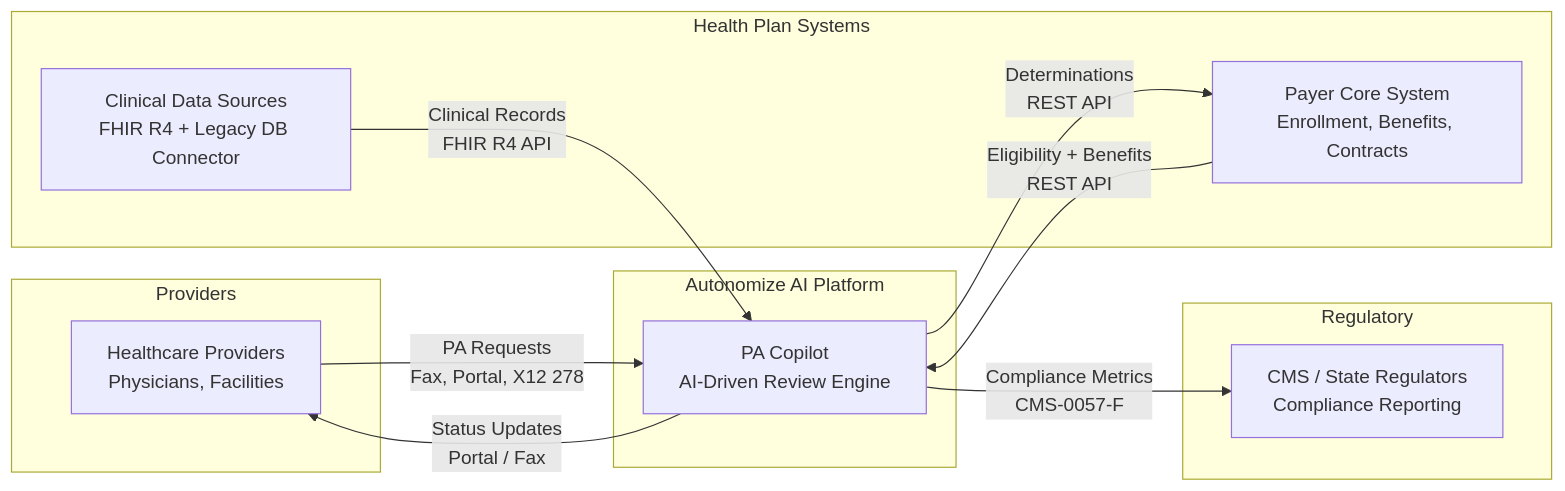
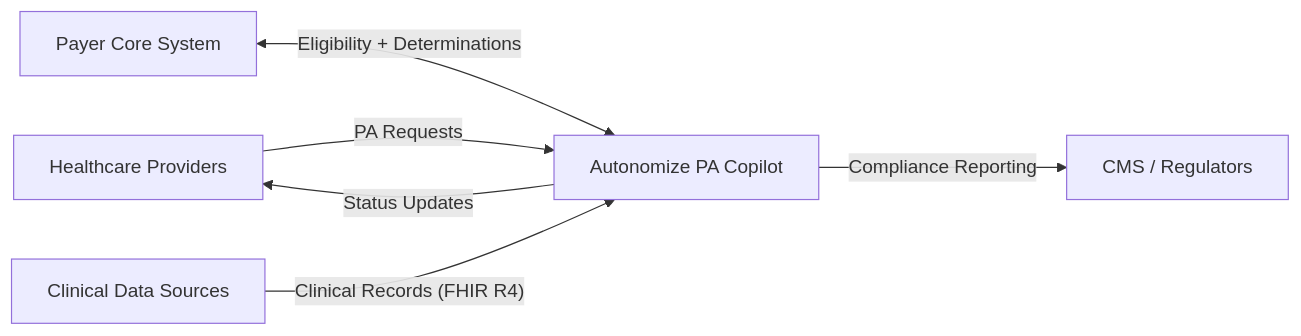
The diagram in docs/architecture/diagrams/01-system-context.mmd (praeducer/autonomize-healthcare-ai-demo), drawn with Mermaid before and after one commit. The commit also changed 2 other files, not shown here.

Commit message:
docs: simplify system context, improve progressive delivery, clean discussion starters
Presentation improvements based on presenter feedback:
- Slide 5: Simplified system context diagram — flat layout, shorter labels
- Slide 9: Aligned progressive delivery to Agile SDLC with sprint cadence
- Slide 10: Simplified discussion starters — natural questions, no rabbit holes
- Appendix C: Trimmed scaling recommendation text
- Demo script: Fixed PENDED_FOR_REVIEW → PENDED_MISSING_INFO to match actual output
- Demo script: Replaced make command with PowerShell-compatible python command

```diff
--- a/docs/architecture/diagrams/01-system-context.mmd
+++ b/docs/architecture/diagrams/01-system-context.mmd
@@ -1,24 +1,12 @@
 flowchart LR
-    subgraph "Providers"
-        PROV["Healthcare Providers<br/>Physicians, Facilities"]
-    end
+    PROV["Healthcare Providers"]
+    CORE["Payer Core System"]
+    CLIN["Clinical Data Sources"]
+    PA_COPILOT["Autonomize PA Copilot"]
+    CMS["CMS / Regulators"]
 
-    subgraph "Health Plan Systems"
-        CORE["Payer Core System<br/>Enrollment, Benefits, Contracts"]
-        CLIN["Clinical Data Sources<br/>FHIR R4 + Legacy DB Connector"]
-    end
-
-    subgraph "Autonomize AI Platform"
-        PA_COPILOT["PA Copilot<br/>AI-Driven Review Engine"]
-    end
-
-    subgraph "Regulatory"
-        CMS["CMS / State Regulators<br/>Compliance Reporting"]
-    end
-
-    PROV -->|"PA Requests<br/>Fax, Portal, X12 278"| PA_COPILOT
-    CORE -->|"Eligibility + Benefits<br/>REST API"| PA_COPILOT
-    CLIN -->|"Clinical Records<br/>FHIR R4 API"| PA_COPILOT
-    PA_COPILOT -->|"Determinations<br/>REST API"| CORE
-    PA_COPILOT -->|"Compliance Metrics<br/>CMS-0057-F"| CMS
-    PA_COPILOT -->|"Status Updates<br/>Portal / Fax"| PROV
+    PROV -->|"PA Requests"| PA_COPILOT
+    CORE <-->|"Eligibility + Determinations"| PA_COPILOT
+    CLIN -->|"Clinical Records (FHIR R4)"| PA_COPILOT
+    PA_COPILOT -->|"Status Updates"| PROV
+    PA_COPILOT -->|"Compliance Reporting"| CMS
```
